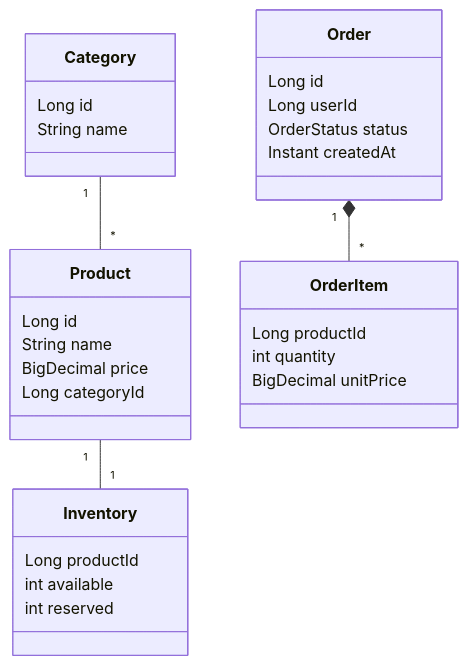
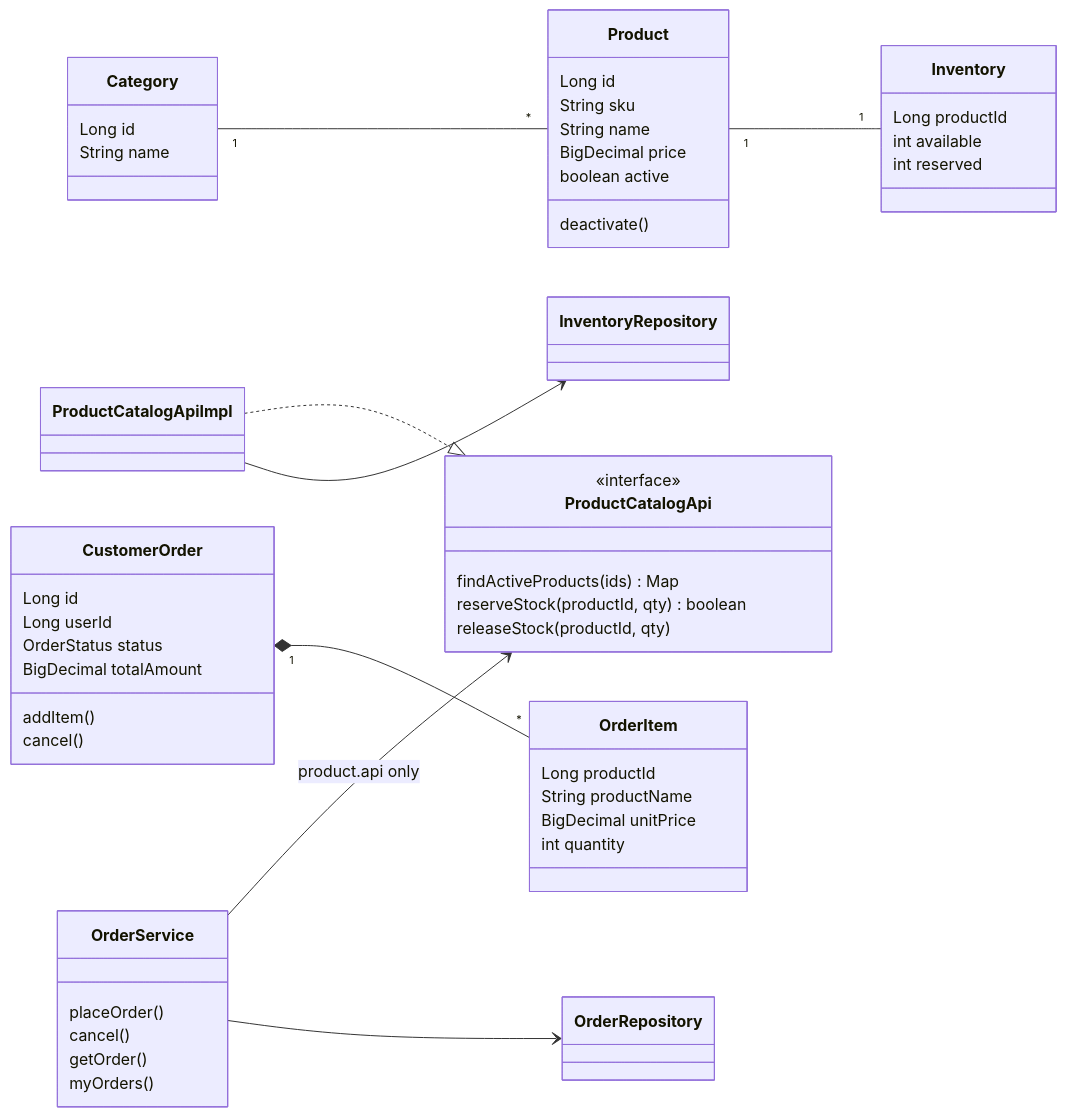
One commit to YangM123321/ecommerce-platform changed the third of 5 diagrams in docs/architecture.md. Above: the diagram before and after it, drawn with Mermaid. The commit also changed other lines of this file and 34 other files, not shown here.

Commit message:
Session 3: product and order modules with stock reservation, paging and tests

````diff
--- a/docs/architecture.md
+++ b/docs/architecture.md
@@ -111,33 +113,57 @@
 ```mermaid
 classDiagram
-    class Product {
-        Long id
-        String name
-        BigDecimal price
-        Long categoryId
-    }
+    direction LR
+
     class Category {
         Long id
         String name
+    }
+    class Product {
+        Long id
+        String sku
+        String name
+        BigDecimal price
+        boolean active
+        deactivate()
     }
     class Inventory {
         Long productId
         int available
         int reserved
     }
-    class Order {
+    class ProductCatalogApi {
+        <<interface>>
+        findActiveProducts(ids) Map
+        reserveStock(productId, qty) boolean
+        releaseStock(productId, qty)
+    }
+    class ProductCatalogApiImpl
+    class CustomerOrder {
         Long id
         Long userId
         OrderStatus status
-        Instant createdAt
+        BigDecimal totalAmount
+        addItem()
+        cancel()
     }
     class OrderItem {
         Long productId
+        String productName
+        BigDecimal unitPrice
         int quantity
-        BigDecimal unitPrice
+    }
+    class OrderService {
+        placeOrder()
+        cancel()
+        getOrder()
+        myOrders()
     }
 
     Category "1" -- "*" Product
     Product "1" -- "1" Inventory
-    Order "1" *-- "*" OrderItem
+    CustomerOrder "1" *-- "*" OrderItem
+    ProductCatalogApiImpl ..|> ProductCatalogApi
+    OrderService --> ProductCatalogApi : product.api only
+    OrderService --> OrderRepository
+    ProductCatalogApiImpl --> InventoryRepository
 ```
````
